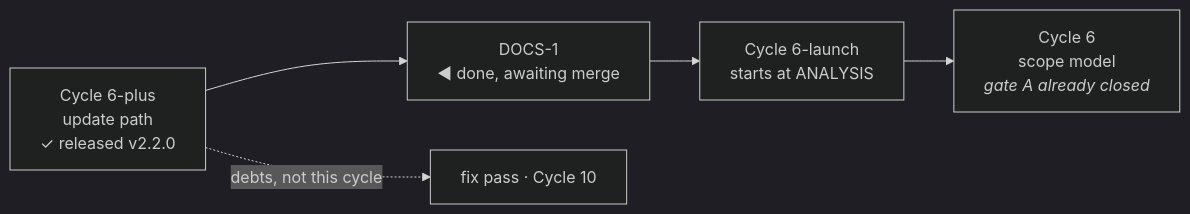
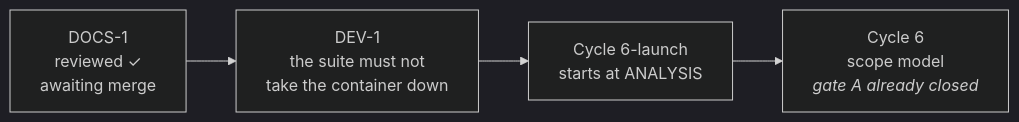
Before and after one commit to alergyonthestage/ytdl: the diagram in docs/maintainers/handoff.md, drawn with Mermaid (dark theme). The commit also changed other lines of this file, not shown here.

````diff
--- a/docs/maintainers/handoff.md
+++ b/docs/maintainers/handoff.md
@@ -14,7 +25,6 @@
 ```mermaid
 flowchart LR
-  U["Cycle 6-plus<br/>update path<br/>✓ released v2.2.0"] --> D["DOCS-1<br/>◀ done, awaiting merge"]
-  D --> L["Cycle 6-launch<br/>starts at ANALYSIS"]
+  D["DOCS-1<br/>reviewed ✓<br/>awaiting merge"] --> V["DEV-1<br/>the suite must not<br/>take the container down"]
+  V --> L["Cycle 6-launch<br/>starts at ANALYSIS"]
   L --> M["Cycle 6<br/>scope model<br/><i>gate A already closed</i>"]
-  U -.->|"debts, not this cycle"| F["fix pass · Cycle 10"]
 ```
````
